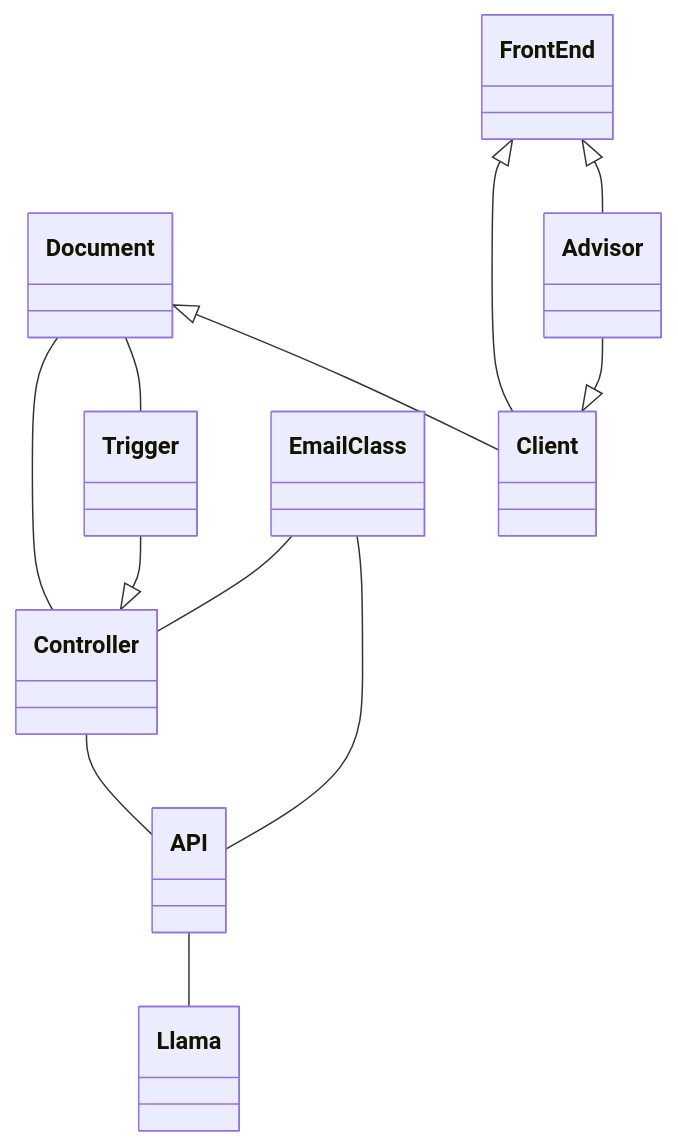
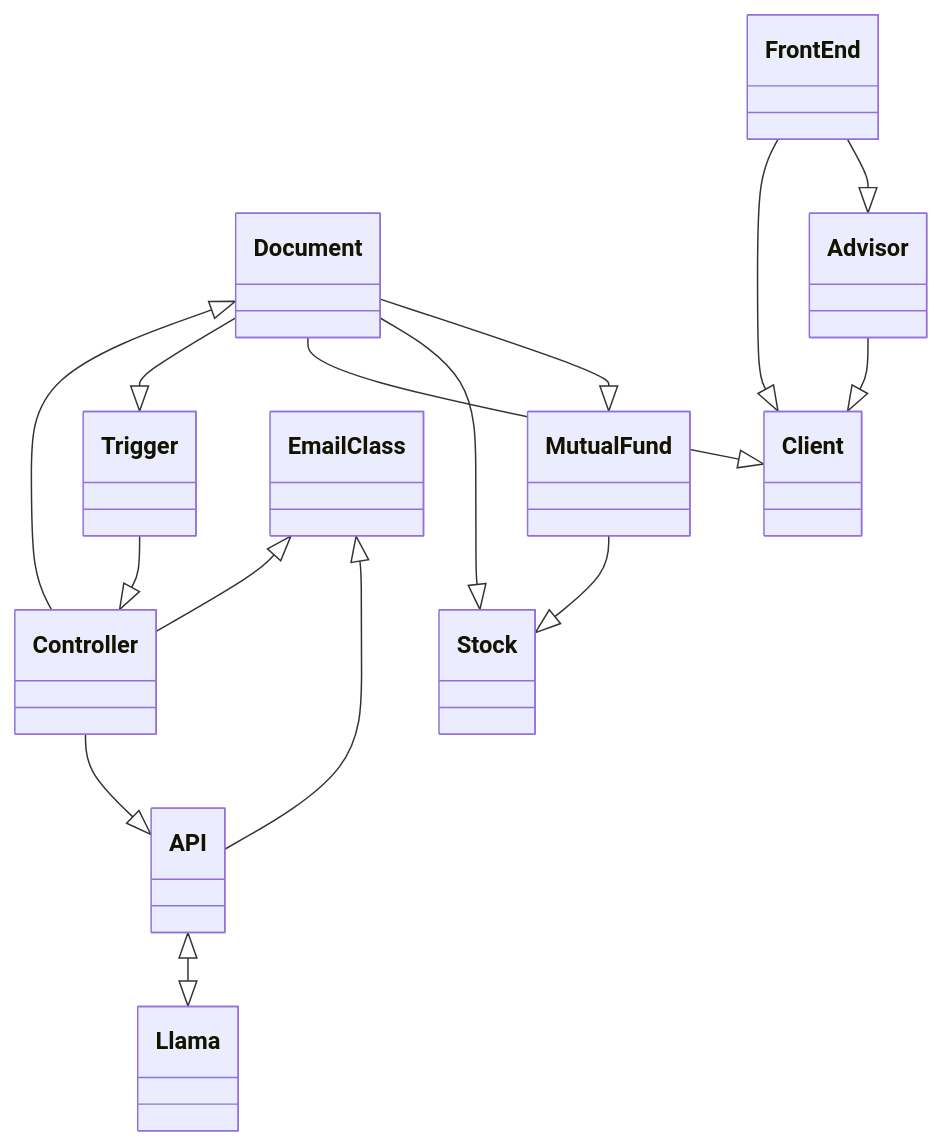
Before and after one commit to ChanRathke/PortfolioSentinel: the diagram in Design/DomainModel.md, drawn with Mermaid. The commit also changed other lines of this file, not shown here.

````diff
--- a/Design/DomainModel.md
+++ b/Design/DomainModel.md
@@ -2,14 +2,17 @@
 ```mermaid
 classDiagram
-      Document -- Controller
-      Controller -- API
-      Document -- Trigger
-      Document <|-- Client
-      FrontEnd <|-- Client
-      FrontEnd <|-- Advisor
+      Document <|-- Controller
+      Controller --|> API
+      Document --|> Trigger
+      Document --|> Client
+      FrontEnd --|> Client
+      FrontEnd --|> Advisor
       Advisor --|> Client
       Trigger --|> Controller 
-      EmailClass -- Controller
-      EmailClass -- API
-      API -- Llama
+      EmailClass <|-- Controller
+      EmailClass <|-- API
+      API <|--|> Llama
+      Document --|> Stock
+      Document --|> Mutual Fund
+      Mutual Fund --|> Stock
 ```
````
